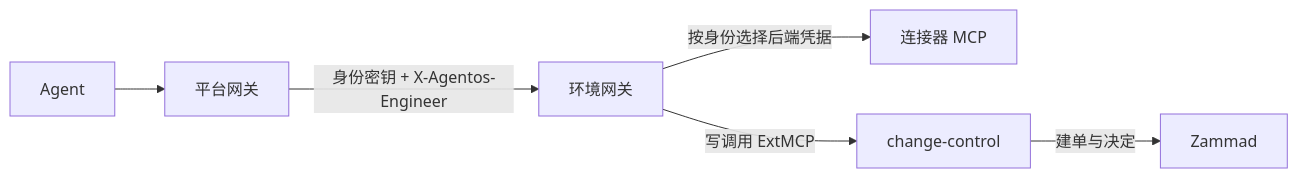
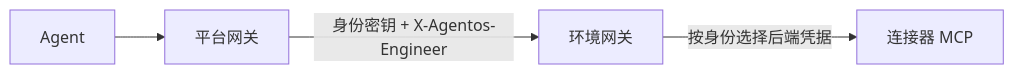
One commit to pood1e/agentos-platform changed the diagram in docs/environments.md. Above: the diagram before and after it, drawn with Mermaid. The commit also changed other lines of this file and 214 other files, not shown here.

````diff
--- a/docs/environments.md
+++ b/docs/environments.md
@@ -6,8 +6,6 @@
 ```mermaid
 flowchart LR
   Agent[Agent] --> PG[平台网关]
   PG -->|身份密钥 + X-Agentos-Engineer| EG[环境网关]
   EG -->|按身份选择后端凭据| MCP[连接器 MCP]
-  EG -->|写调用 ExtMCP| CC[change-control]
-  CC -->|建单与决定| ITSM[Zammad]
 ```
````
